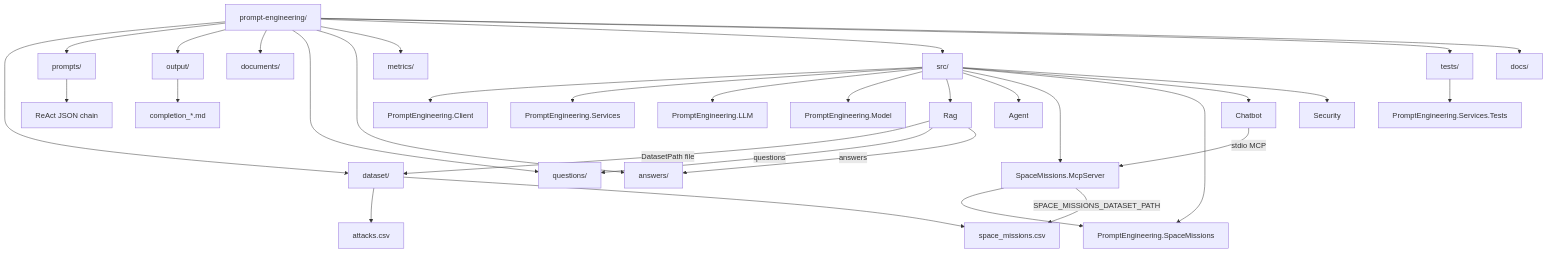
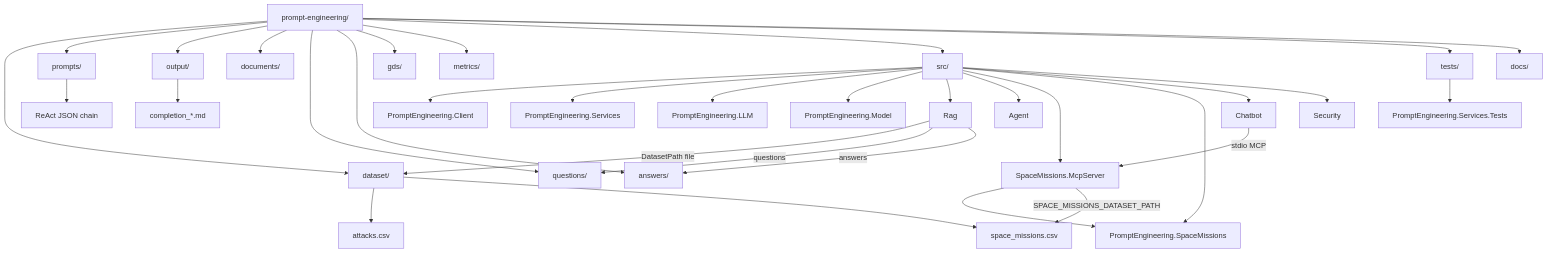
Before and after one commit to AntonRyzhkou1988/prompt-engineering: the diagram in docs/repository-structure.md, drawn with Mermaid. The commit also changed other lines of this file and 56 other files, not shown here.

````diff
--- a/docs/repository-structure.md
+++ b/docs/repository-structure.md
@@ -50,43 +51,44 @@
 ```mermaid
 graph TD
     ROOT["prompt-engineering/"]
 
     ROOT --> DATASET["dataset/"]
     ROOT --> PROMPTS["prompts/"]
     ROOT --> OUTPUT["output/"]
     ROOT --> EXTRA_CORPUS["documents/"]
     ROOT --> QUESTIONS["questions/"]
     ROOT --> ANSWERS["answers/"]
+    ROOT --> GDS["gds/"]
     ROOT --> METRICS["metrics/"]
     ROOT --> SRC["src/"]
     ROOT --> TESTS["tests/"]
     ROOT --> DOCSROOT["docs/"]
 
     DATASET --> DS_ATTACK["attacks.csv"]
     DATASET --> DS_SPACE["space_missions.csv"]
 
     PROMPTS --> P_SEQ["ReAct JSON chain"]
 
     OUTPUT --> OUT_FILE["completion_*.md"]
 
     SRC --> CLIENT["PromptEngineering.Client"]
     SRC --> SERVICES["PromptEngineering.Services"]
     SRC --> LLM["PromptEngineering.LLM"]
     SRC --> MODEL["PromptEngineering.Model"]
     SRC --> RAG["Rag"]
     SRC --> AGENT["Agent"]
     SRC --> MCP_SM["SpaceMissions.McpServer"]
     SRC --> LIB_SM["PromptEngineering.SpaceMissions"]
     SRC --> CHATBOT["Chatbot"]
     SRC --> SECURITY["Security"]
 
     MCP_SM --> LIB_SM
     CHATBOT -->|stdio MCP| MCP_SM
     MCP_SM -->|"SPACE_MISSIONS_DATASET_PATH"| DS_SPACE
 
     RAG -->|"DatasetPath file"| DATASET
     RAG -->|"questions"| QUESTIONS
     RAG -->|"answers"| ANSWERS
 
     TESTS --> TEST_PROJ["PromptEngineering.Services.Tests"]
 ```
````
